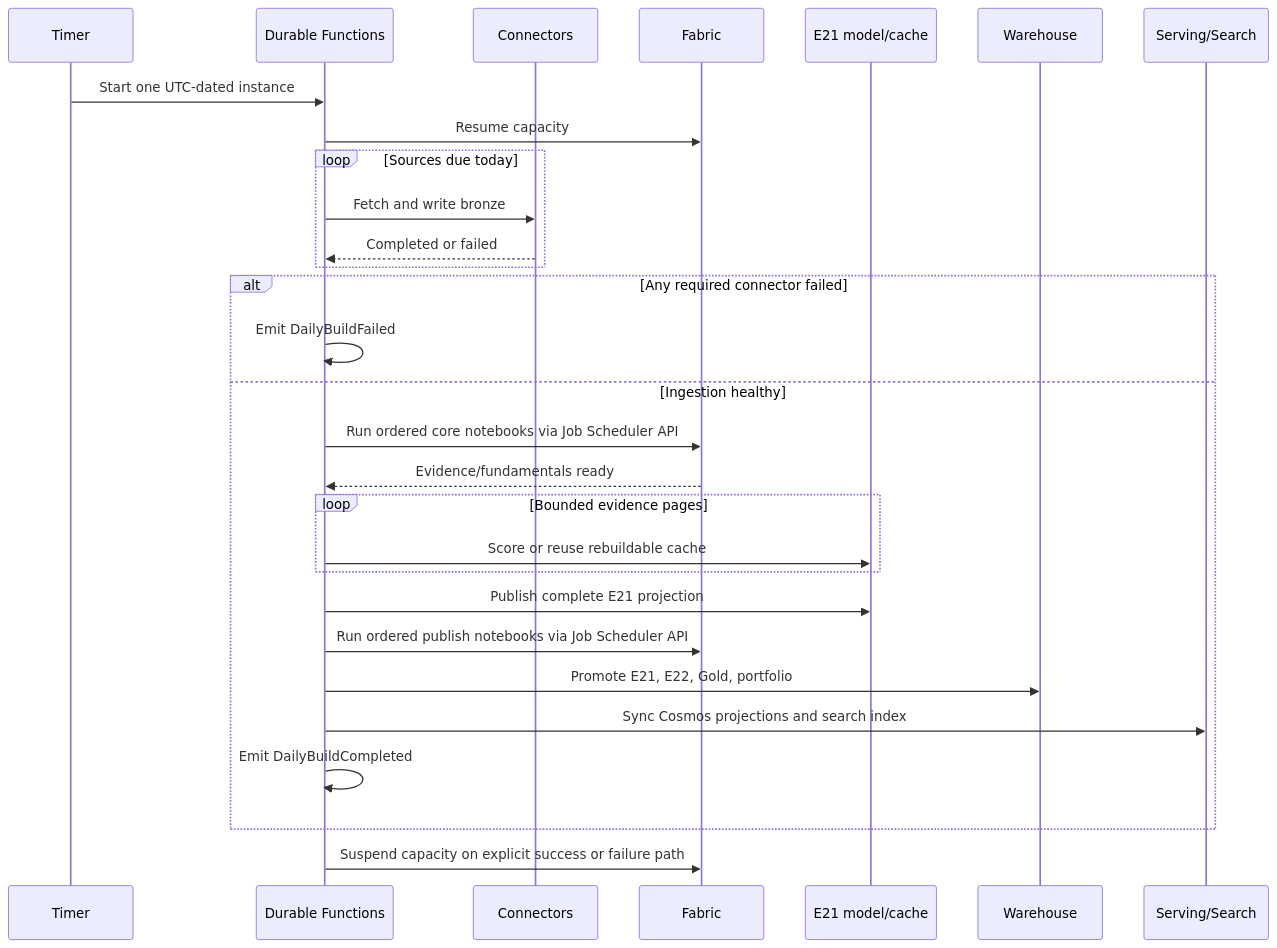
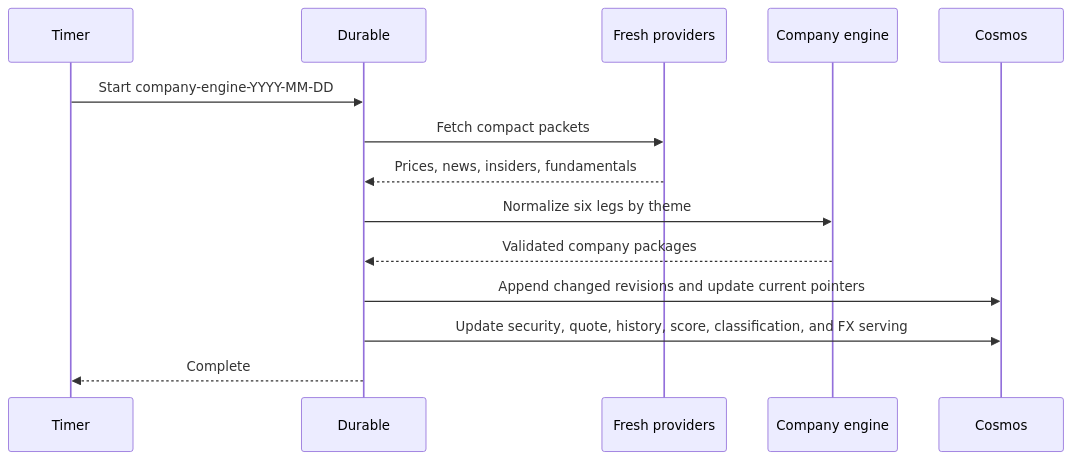
One commit to francesco-sodano/auspex changed the second of 2 diagrams in doc/arc42-auspex.md. Above: the diagram before and after it, drawn with Mermaid. The commit also changed other lines of this file and 30 other files, not shown here.

Commit message:
replace legacy runtime with fresh company engine

````diff
--- a/doc/arc42-auspex.md
+++ b/doc/arc42-auspex.md
@@ -334,32 +139,16 @@
 ```mermaid
 sequenceDiagram
     participant T as Timer
-    participant D as Durable Functions
-    participant C as Connectors
-    participant F as Fabric
-    participant M as E21 model/cache
-    participant W as Warehouse
-    participant S as Serving/Search
-
-    T->>D: Start one UTC-dated instance
-    D->>F: Resume capacity
-    loop Sources due today
-        D->>C: Fetch and write bronze
-        C-->>D: Completed or failed
-    end
-    alt Any required connector failed
-        D->>D: Emit DailyBuildFailed
-    else Ingestion healthy
-        D->>F: Run ordered core notebooks via Job Scheduler API
-        F-->>D: Evidence/fundamentals ready
-        loop Bounded evidence pages
-            D->>M: Score or reuse rebuildable cache
-        end
-        D->>M: Publish complete E21 projection
-        D->>F: Run ordered publish notebooks via Job Scheduler API
-        D->>W: Promote E21, E22, Gold, portfolio
-        D->>S: Sync Cosmos projections and search index
-        D->>D: Emit DailyBuildCompleted
-    end
-    D->>F: Suspend capacity on explicit success or failure path
+    participant D as Durable
+    participant P as Fresh providers
+    participant E as Company engine
+    participant C as Cosmos
+    T->>D: Start company-engine-YYYY-MM-DD
+    D->>P: Fetch compact packets
+    P-->>D: Prices, news, insiders, fundamentals
+    D->>E: Normalize six legs by theme
+    E-->>D: Validated company packages
+    D->>C: Append changed revisions and update current pointers
+    D->>C: Update security, quote, history, score, classification, and FX serving
+    D-->>T: Complete
 ```
````
